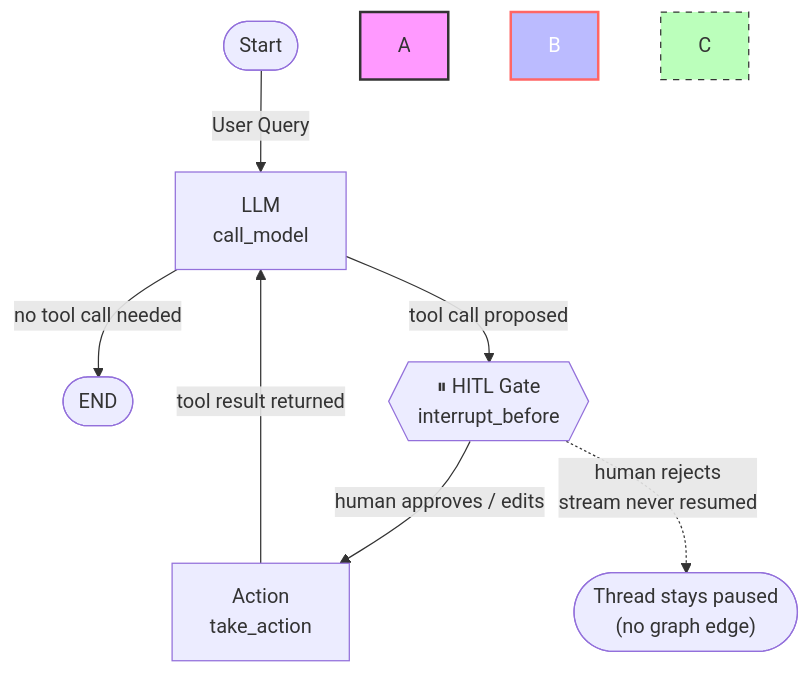
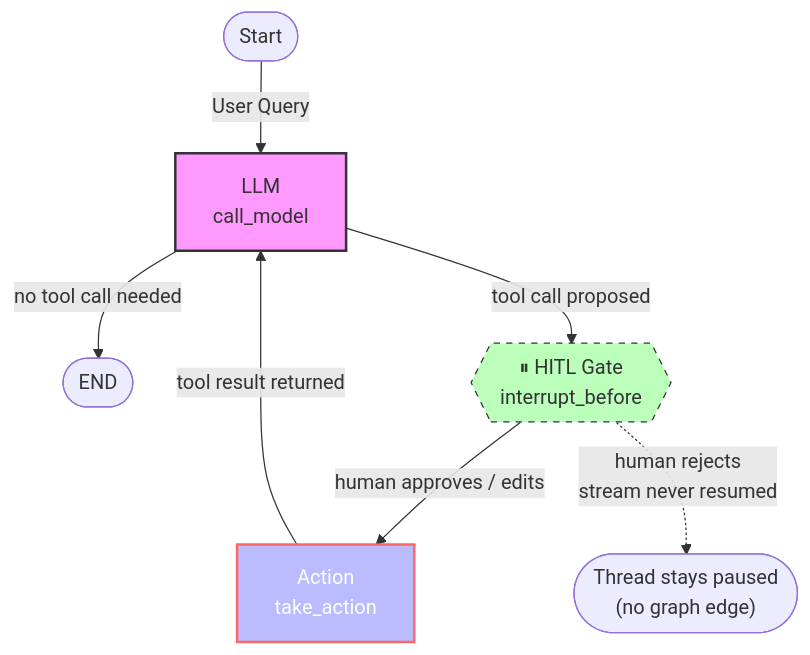
The diagram in README.md (Koushik25022005/HITL-Incident-Engine), drawn with Mermaid before and after one commit.

Commit message:
Update styles for LLM, Action, and GATE in README

````diff
--- a/README.md
+++ b/README.md
@@ -46,14 +46,14 @@
 ```mermaid
 flowchart TD
     Start([Start]) -->|User Query| LLM[LLM<br/>call_model]
     LLM -->|no tool call needed| END([END])
     LLM -->|tool call proposed| GATE{{"⏸ HITL Gate<br/>interrupt_before"}}
     GATE -->|human approves / edits| Action[Action<br/>take_action]
     GATE -.->|human rejects<br/>stream never resumed| STOP(["Thread stays paused<br/>(no graph edge)"])
     Action -->|tool result returned| LLM
 
-    style A fill:#f9f,stroke:#333,stroke-width:2px
-    style B fill:#bbf,stroke:#f66,stroke-width:2px,color:#fff
-    style C fill:#bfb,stroke:#333,stroke-dasharray: 5 5
+    style LLM fill:#f9f,stroke:#333,stroke-width:2px
+    style Action fill:#bbf,stroke:#f66,stroke-width:2px,color:#fff
+    style GATE fill:#bfb,stroke:#333,stroke-dasharray: 5 5
 
 ```
````
